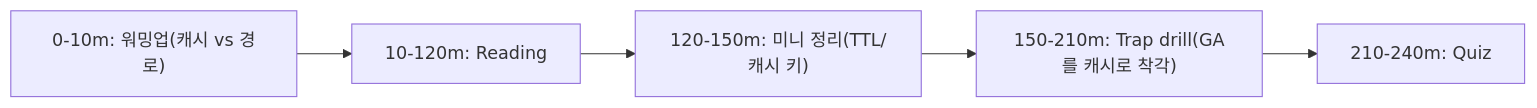
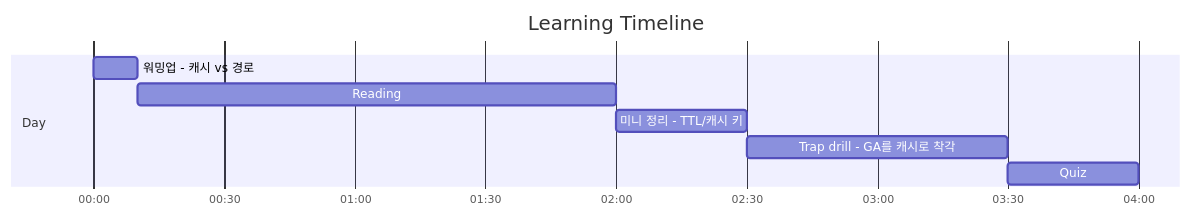
The first of 2 diagrams in aws-saa/week03/day02/README.md (niceguy61/aws-saa-lecture-2026), drawn with Mermaid before and after one commit. The commit also changed 21 other files, not shown here.

Commit message:
docs(aws-saa): use mermaid gantt for learning timelines

````diff
--- a/aws-saa/week03/day02/README.md
+++ b/aws-saa/week03/day02/README.md
@@ -26,7 +26,12 @@
 ```mermaid
-flowchart LR
-  A["0-10m: 워밍업(캐시 vs 경로)"] --> B["10-120m: Reading"]
-  B --> C["120-150m: 미니 정리(TTL/캐시 키)"]
-  C --> D["150-210m: Trap drill(GA를 캐시로 착각)"]
-  D --> E["210-240m: Quiz"]
+gantt
+  title Learning Timeline
+  dateFormat  HH:mm
+  axisFormat  %H:%M
+  section Day
+  워밍업 - 캐시 vs 경로 :t1, 00:00, 10m
+  Reading :t2, after t1, 110m
+  미니 정리 - TTL/캐시 키 :t3, after t2, 30m
+  Trap drill - GA를 캐시로 착각 :t4, after t3, 60m
+  Quiz :t5, after t4, 30m
 ```
````
